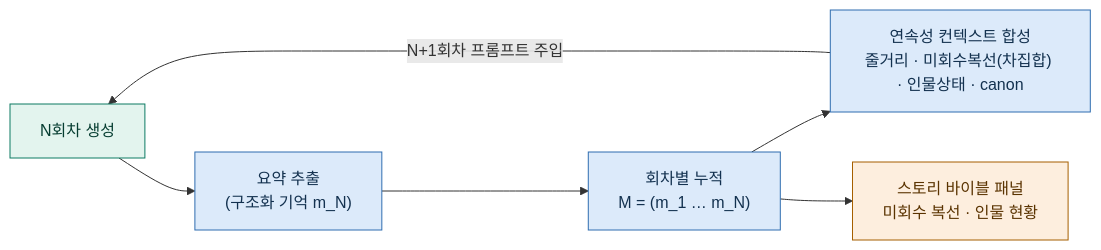
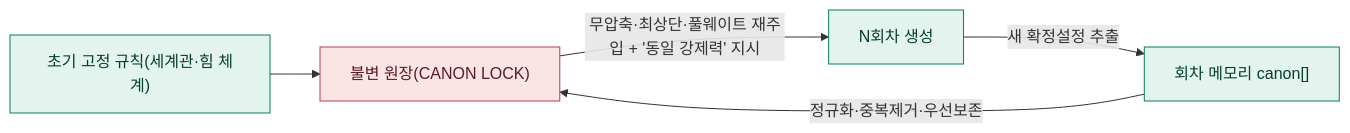
One commit to swparklab/webnovel-ip-agent changed the fourth of 5 diagrams in paper.md. Above: the diagram before and after it, drawn with Mermaid. The commit also changed other lines of this file, not shown here.

````diff
--- a/paper.md
+++ b/paper.md
@@ -237,14 +141,10 @@
 ```mermaid
 flowchart LR
-    C1["N회차 생성"] --> S["요약 추출<br/>(구조화 기억 m_N)"]
-    S --> M["회차별 누적<br/>M = (m_1 … m_N)"]
-    M --> CS["연속성 컨텍스트 합성<br/>줄거리 · 미회수복선(차집합) · 인물상태 · canon"]
-    CS -->|"N+1회차 프롬프트 주입"| C1
-    M --> UI["스토리 바이블 패널<br/>미회수 복선 · 인물 현황"]
-    classDef g fill:#e3f4ee,stroke:#0c7b63,color:#063d31
-    classDef m fill:#dceafa,stroke:#2f6db0,color:#13314f
-    classDef p fill:#fdeede,stroke:#a55f00,color:#5a3300
-    class C1 g
-    class S,M,CS m
-    class UI p
+    INIT["초기 고정 규칙(세계관·힘 체계)"] --> LK["불변 원장(CANON LOCK)"]
+    M["회차 메모리 canon[]"] -->|정규화·중복제거·우선보존| LK
+    LK -->|"무압축·최상단·풀웨이트 재주입 + '동일 강제력' 지시"| GEN["N회차 생성"]
+    GEN -->|새 확정설정 추출| M
+    classDef lock fill:#fbe4e6,stroke:#b4414d,color:#5a1a22
+    classDef a fill:#e3f4ee,stroke:#0c7b63,color:#063d31
+    class LK lock; class INIT,M,GEN a
 ```
````
